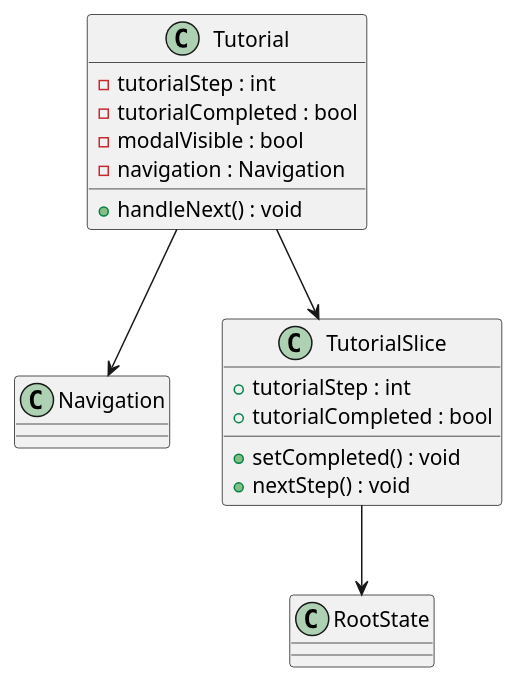
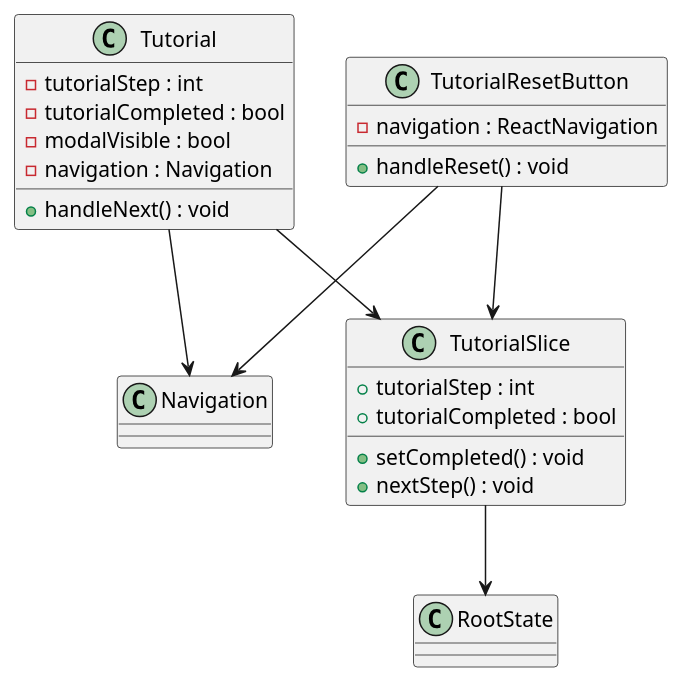
One commit to Windesheim-AI/UML-diagrams changed the diagram in tdd/tutorial.puml. Above: the diagram before and after it, drawn with PlantUML.

Commit message:
feat: :art: Added TutorialResetButton to the tutorial plantuml

```diff
--- a/tdd/tutorial.puml
+++ b/tdd/tutorial.puml
@@ -1,27 +1,33 @@
 @startuml ReactTutorialComponent
 
 class Tutorial {
     - tutorialStep : int
     - tutorialCompleted : bool
     - modalVisible : bool
     - navigation : Navigation
     + handleNext() : void
 }
 
 class Navigation {
 }
 
 
 class TutorialSlice{
     + tutorialStep : int
     + tutorialCompleted : bool
 
     + setCompleted() : void
     + nextStep() : void
 }
 
+class TutorialResetButton {
+    - navigation : ReactNavigation
+
+    + handleReset() : void
+}
 Tutorial --> TutorialSlice
 Tutorial --> Navigation
 TutorialSlice --> RootState
-
+TutorialResetButton --> Navigation
+TutorialResetButton --> TutorialSlice
 @enduml
```
